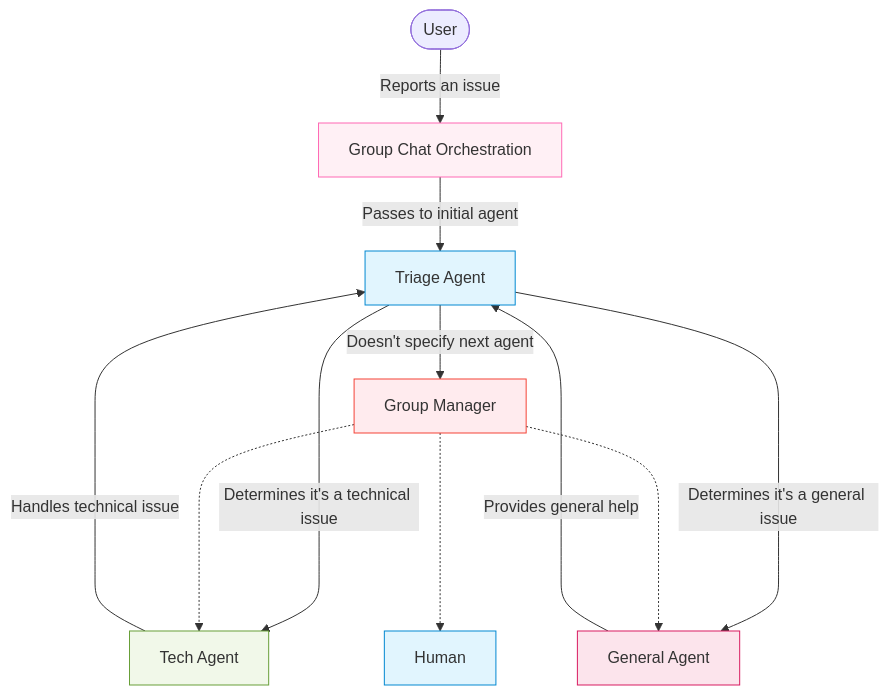
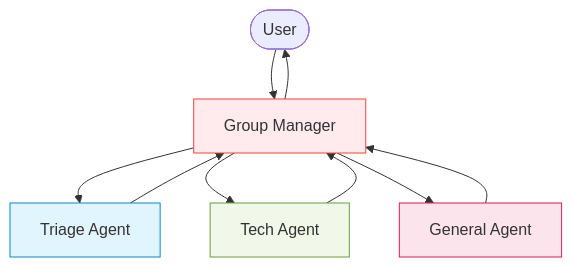
The diagram in docs/user-guide/advanced-concepts/orchestration/group-chat/introduction.mdx (harishmohanraj/ag2), drawn with Mermaid before and after one commit. The commit also changed 103 other files, not shown here.

````diff
--- a/docs/user-guide/advanced-concepts/orchestration/group-chat/introduction.mdx
+++ b/docs/user-guide/advanced-concepts/orchestration/group-chat/introduction.mdx
@@ -112,23 +112,20 @@
 ```mermaid
 flowchart TD
-    User([User]) --> |"Reports an issue"| GroupOrch[Group Chat Orchestration]
-    GroupOrch --> |"Passes to initial agent"| Triage[Triage Agent]
-    Triage --> |"Determines it's a technical issue"| Tech[Tech Agent]
-    Tech --> |"Handles technical issue"| Triage
+    User([User]) --> GroupManager[Group Manager]
 
-    Triage --> |"Determines it's a general issue"| General[General Agent]
-    General --> |"Provides general help"| Triage
+    GroupManager -->  Triage[Triage Agent]
+    Triage -->  GroupManager
 
-    Triage --> |"Doesn't specify next agent"| GroupManager[Group Manager]
-    GroupManager ...->  Tech
-    GroupManager ...->  Human
-    GroupManager ...->  General
+    GroupManager -->  Tech[Tech Agent]
+    Tech -->  GroupManager
 
-    style GroupOrch fill:#fff0f5,stroke:#ff69b4
+    GroupManager -->  General[General Agent]
+    General -->  GroupManager
+
+    GroupManager -->  User
+
+    style GroupManager fill:#ffebee,stroke:#f44336
     style Triage fill:#e1f5fe,stroke:#0288d1
     style Tech fill:#f1f8e9,stroke:#689f38
     style General fill:#fce4ec,stroke:#d81b60
-    style GroupManager fill:#ffebee,stroke:#f44336
-    style Human fill:#e1f5fe,stroke:#0288d1
-
 ```
````
